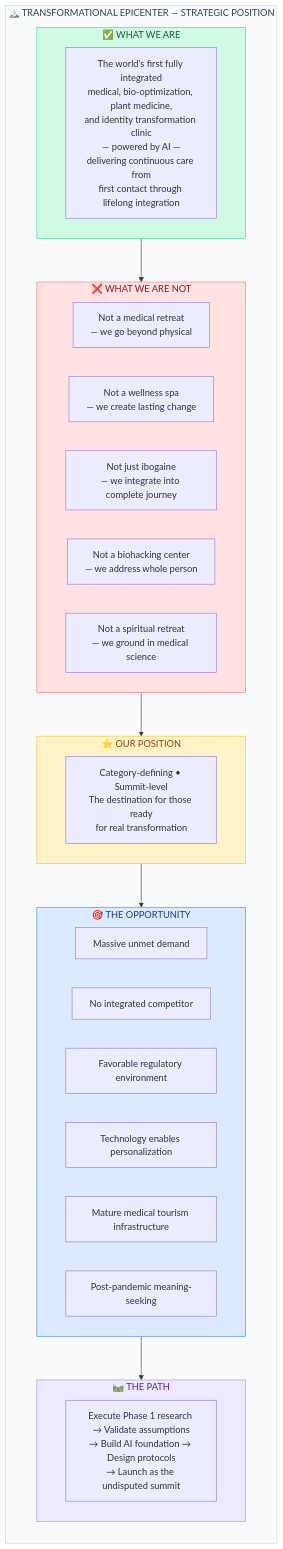
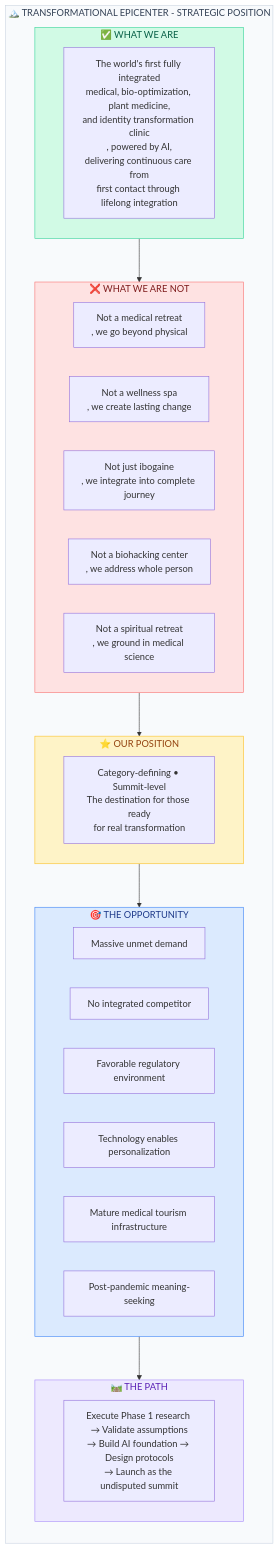
Before and after one commit to Light-Brands/epic-center: diagram 13 of 13 in docs/market-research/MARKET_RESEARCH.md, drawn with Mermaid. The commit also changed other lines of this file and 5 other files, not shown here.

````diff
--- a/docs/market-research/MARKET_RESEARCH.md
+++ b/docs/market-research/MARKET_RESEARCH.md
@@ -780,44 +780,44 @@
 ```mermaid
 flowchart TB
-    subgraph POSITION["🏔️ TRANSFORMATIONAL EPICENTER — STRATEGIC POSITION"]
+    subgraph POSITION["🏔️ TRANSFORMATIONAL EPICENTER - STRATEGIC POSITION"]
         direction TB
 
         subgraph WHATWEARE["✅ WHAT WE ARE"]
-            WA[The world's first fully integrated<br/>medical, bio-optimization, plant medicine,<br/>and identity transformation clinic<br/>— powered by AI —<br/>delivering continuous care from<br/>first contact through lifelong integration]
+            WA[The world's first fully integrated<br/>medical, bio-optimization, plant medicine,<br/>and identity transformation clinic<br/>, powered by AI,<br/>delivering continuous care from<br/>first contact through lifelong integration]
         end
 
         subgraph WHATWERENOT["❌ WHAT WE ARE NOT"]
-            N1[Not a medical retreat<br/>— we go beyond physical]
-            N2[Not a wellness spa<br/>— we create lasting change]
-            N3[Not just ibogaine<br/>— we integrate into complete journey]
-            N4[Not a biohacking center<br/>— we address whole person]
-            N5[Not a spiritual retreat<br/>— we ground in medical science]
+            N1[Not a medical retreat<br/>, we go beyond physical]
+            N2[Not a wellness spa<br/>, we create lasting change]
+            N3[Not just ibogaine<br/>, we integrate into complete journey]
+            N4[Not a biohacking center<br/>, we address whole person]
+            N5[Not a spiritual retreat<br/>, we ground in medical science]
         end
 
         subgraph OURPOSITION["⭐ OUR POSITION"]
             OP[Category-defining • Summit-level<br/>The destination for those ready<br/>for real transformation]
         end
 
         subgraph OPPORTUNITY["🎯 THE OPPORTUNITY"]
             O1[Massive unmet demand]
             O2[No integrated competitor]
             O3[Favorable regulatory environment]
             O4[Technology enables personalization]
             O5[Mature medical tourism infrastructure]
             O6[Post-pandemic meaning-seeking]
         end
 
         subgraph PATH["🛤️ THE PATH"]
             P[Execute Phase 1 research → Validate assumptions<br/>→ Build AI foundation → Design protocols<br/>→ Launch as the undisputed summit]
         end
     end
 
     WHATWEARE --> WHATWERENOT --> OURPOSITION --> OPPORTUNITY --> PATH
 
     style POSITION fill:#f8fafc,stroke:#cbd5e1,color:#334155
     style WHATWEARE fill:#d1fae5,stroke:#34d399,color:#065f46
     style WHATWERENOT fill:#fee2e2,stroke:#f87171,color:#7f1d1d
     style OURPOSITION fill:#fef3c7,stroke:#fbbf24,color:#92400e
     style OPPORTUNITY fill:#dbeafe,stroke:#3b82f6,color:#1e3a8a
     style PATH fill:#ede9fe,stroke:#a78bfa,color:#5b21b6
 ```
````
